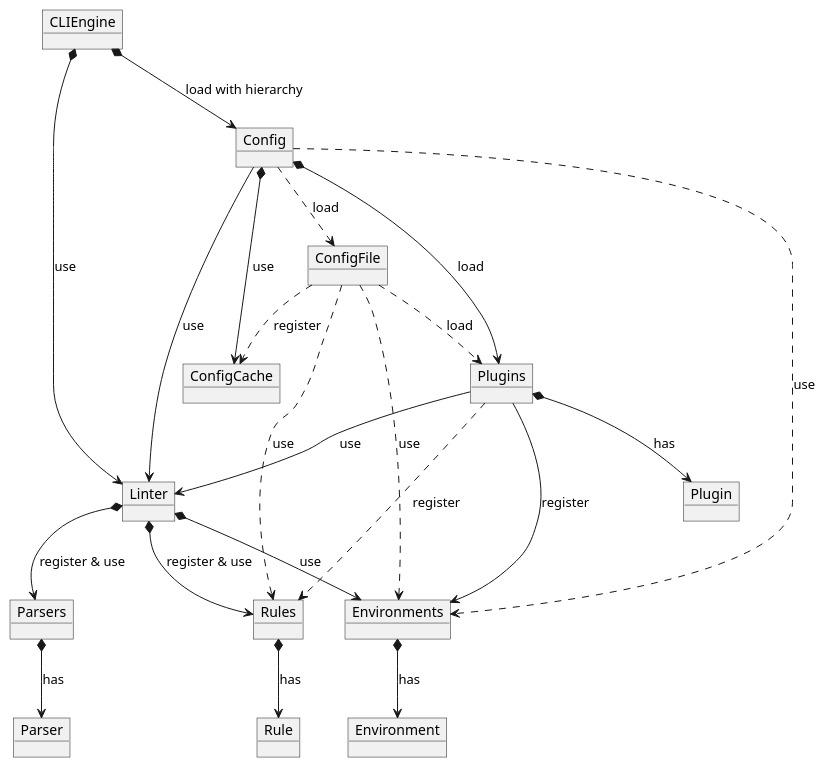
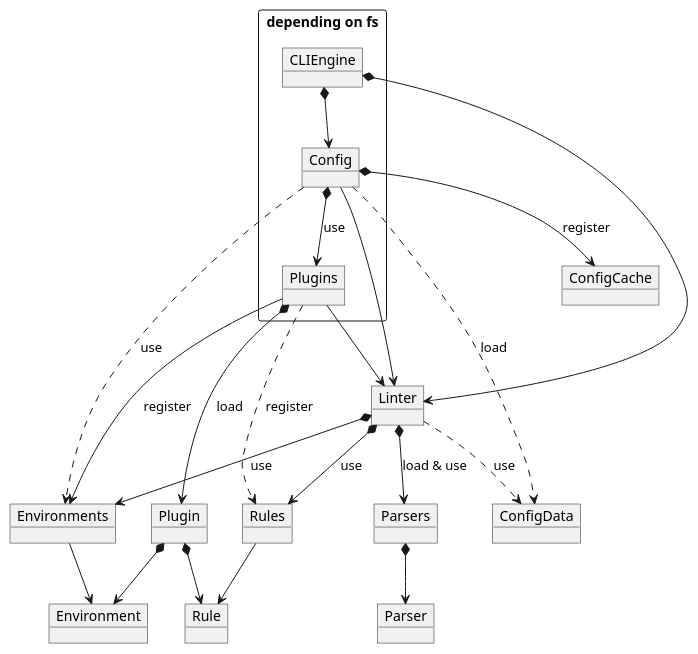
The diagram in designs/2019-eslintrc-improvements/deps.plantuml (eslint/rfcs), drawn with PlantUML before and after one commit. The commit also changed 3 other files, not shown here.

Commit message:
update diagrams

```diff
--- a/designs/2019-eslintrc-improvements/deps.plantuml
+++ b/designs/2019-eslintrc-improvements/deps.plantuml
@@ -1,37 +1,38 @@
 @startuml
-object CLIEngine
+rectangle "depending on fs" {
+  object CLIEngine
+  object Config
+  object Plugins
+}
 object Linter
+object ConfigCache
+object ConfigData
+object Parsers
+object Environments
 object Rules
+object Parser
+object Plugin
+object Environment
 object Rule
-object Environments
-object Environment
-object Plugins
-object Plugin
-object Parsers
-object Parser
-object Config
-object ConfigCache
-object ConfigFile
 
-CLIEngine *--> Linter : "use"
-CLIEngine *--> Config : "load with hierarchy"
-Linter *--> Parsers : "register & use"
-Linter *--> Rules : "register & use"
+CLIEngine *--> Linter
+CLIEngine *--> Config
+Config --> Linter
+Config *--> ConfigCache : "register"
+Config *--> Plugins : "use"
+Config ..> ConfigData : "load"
+Config ..> Environments : "use"
+Plugins --> Environments : "register"
+Plugins --> Linter
+Plugins ..> Rules : "register"
+Plugins *--> Plugin : "load"
+Linter *--> Parsers : "load & use"
+Linter *--> Rules : "use"
 Linter *--> Environments : "use"
-Parsers *--> Parser : "has"
-Rules *--> Rule : "has"
-Environments *--> Environment : "has"
-Plugins --> Environments : "register"
-Plugins --> Linter : "use"
-Plugins ..> Rules : "register"
-Plugins *--> Plugin : "has"
-Config --> Linter : "use"
-Config *--> ConfigCache : "use"
-Config *--> Plugins : "load"
-Config ..> Environments : "use"
-Config ..> ConfigFile : "load"
-ConfigFile ..> ConfigCache : "register"
-ConfigFile ..> Plugins : "load"
-ConfigFile ..> Rules : "use"
-ConfigFile ..> Environments : "use"
+Linter ..> ConfigData : "use"
+Parsers *--> Parser
+Environments --> Environment
+Rules --> Rule
+Plugin *--> Rule
+Plugin *--> Environment
 @enduml
```
